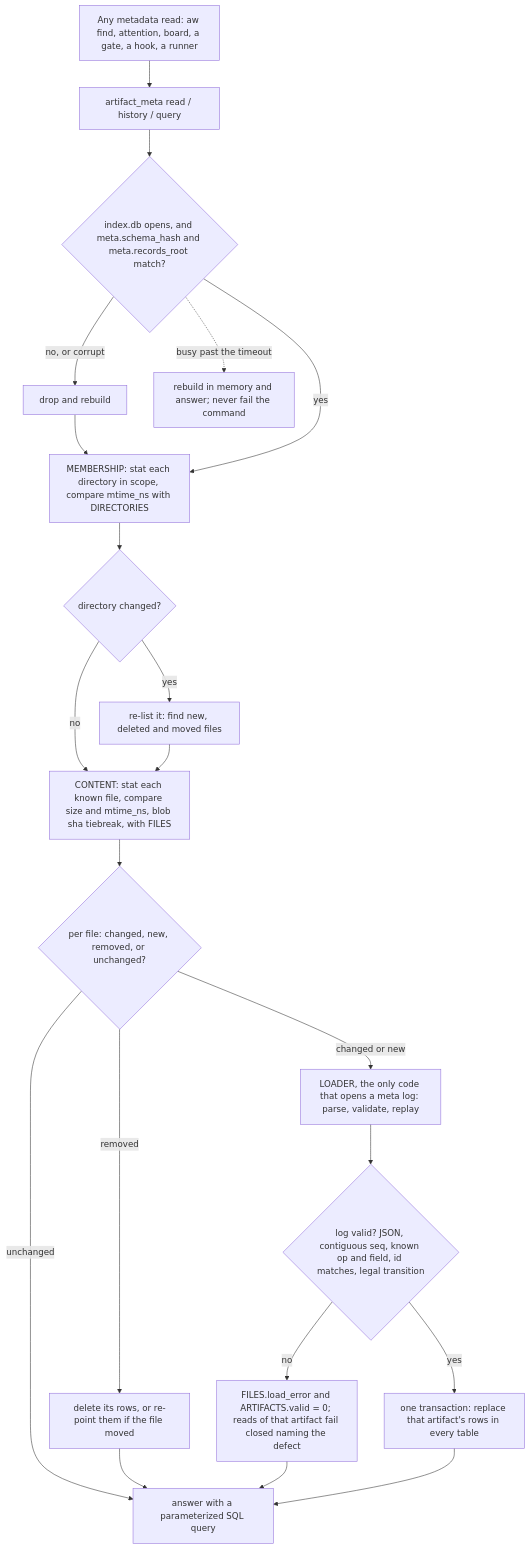
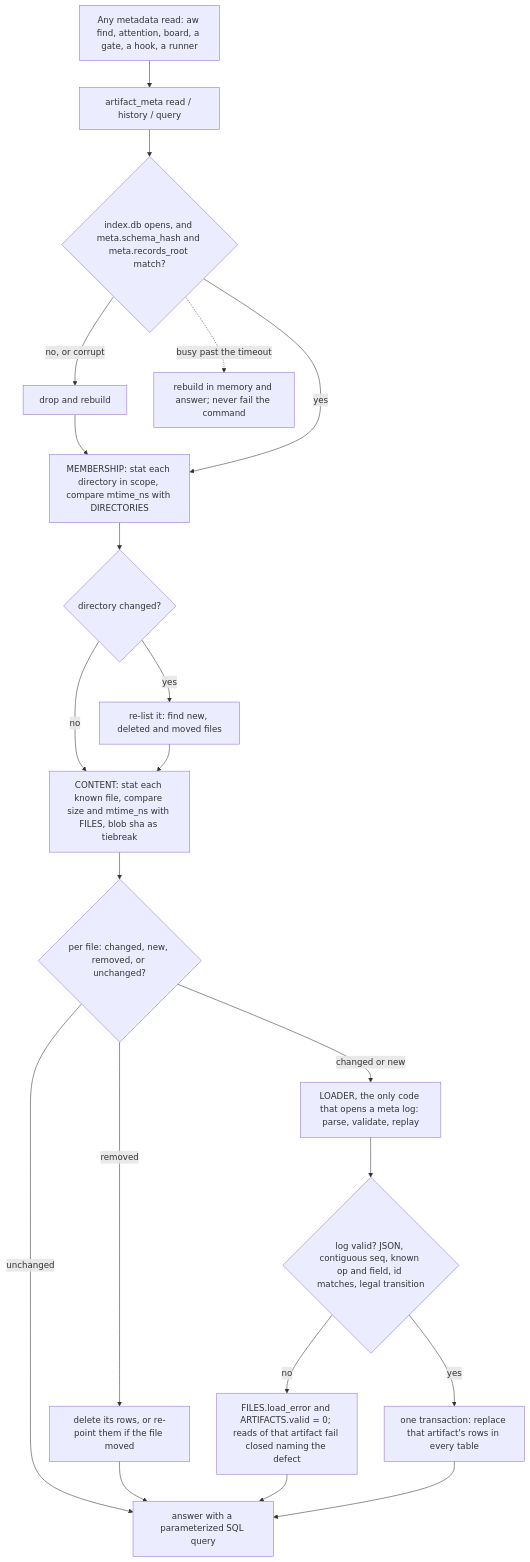
One commit to fariello/agent-workflows changed the fourth of 10 diagrams in .aw/records/specs/reviewed/20260925-metastore-01-4sd62s-artifact-metadata-store.spec.md. Above: the diagram before and after it, drawn with Mermaid. The commit also changed other lines of this file, not shown here.

````diff
--- a/.aw/records/specs/reviewed/20260925-metastore-01-4sd62s-artifact-metadata-store.spec.md
+++ b/.aw/records/specs/reviewed/20260925-metastore-01-4sd62s-artifact-metadata-store.spec.md
@@ -1210,23 +1238,23 @@
 ```mermaid
 flowchart TD
     A["Any metadata read: aw find, attention, board, a gate, a hook, a runner"] --> B["artifact_meta read / history / query"]
     B --> C{"index.db opens, and meta.schema_hash and meta.records_root match?"}
     C -- "no, or corrupt" --> D["drop and rebuild"]
     D --> E
     C -- yes --> E["MEMBERSHIP: stat each directory in scope, compare mtime_ns with DIRECTORIES"]
     E --> E2{"directory changed?"}
     E2 -- yes --> E3["re-list it: find new, deleted and moved files"]
     E2 -- no --> E4
-    E3 --> E4["CONTENT: stat each known file, compare size and mtime_ns, blob sha tiebreak, with FILES"]
+    E3 --> E4["CONTENT: stat each known file, compare size and mtime_ns with FILES, blob sha as tiebreak"]
     E4 --> F{"per file: changed, new, removed, or unchanged?"}
     F -- removed --> G["delete its rows, or re-point them if the file moved"]
     F -- "changed or new" --> H["LOADER, the only code that opens a meta log: parse, validate, replay"]
     H --> I{"log valid? JSON, contiguous seq, known op and field, id matches, legal transition"}
     I -- no --> J["FILES.load_error and ARTIFACTS.valid = 0; reads of that artifact fail closed naming the defect"]
     I -- yes --> K["one transaction: replace that artifact's rows in every table"]
     F -- unchanged --> L
     G --> L
     J --> L
     K --> L["answer with a parameterized SQL query"]
     C -. "busy past the timeout" .-> M["rebuild in memory and answer; never fail the command"]
 ```
````
